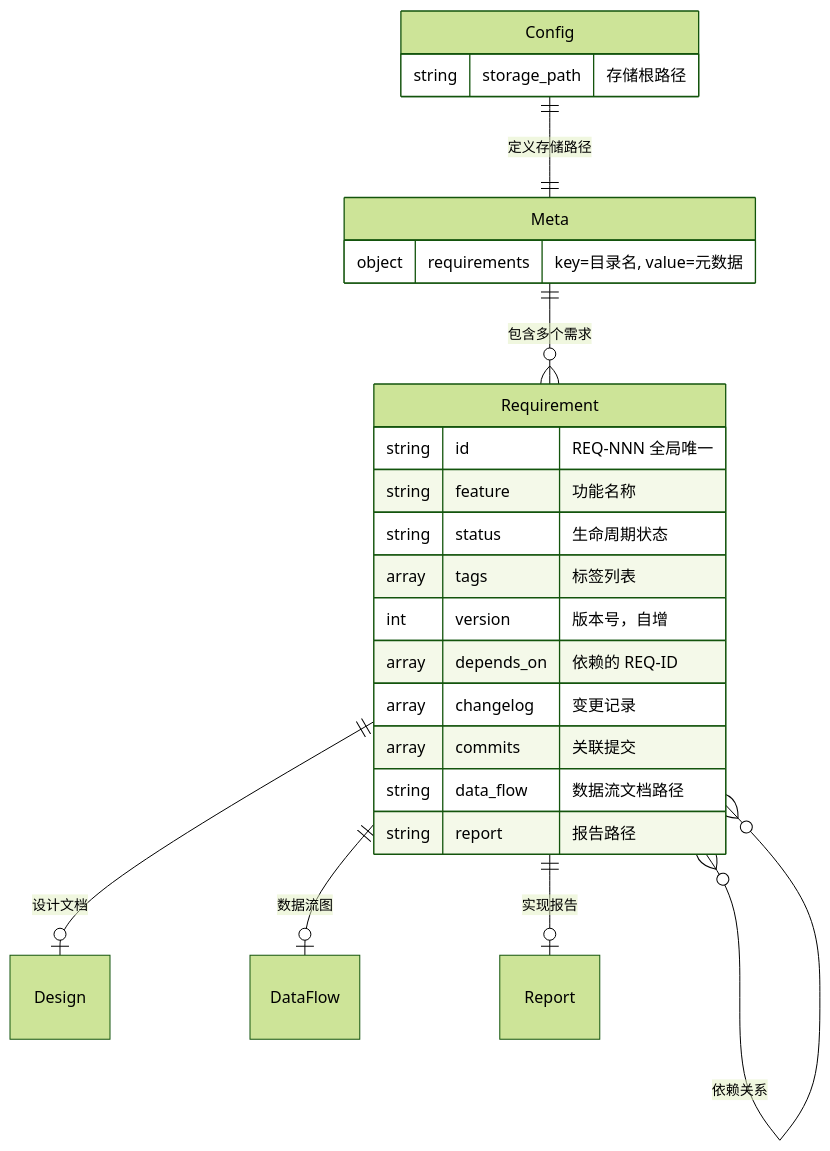
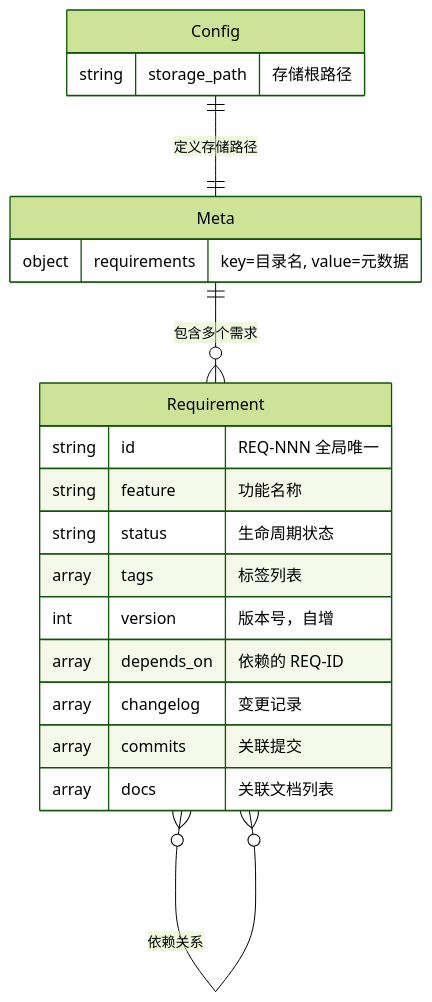
Before and after one commit to HACK-WU/skills: the second of 6 diagrams in docs/requirement-mgr-guide.md, drawn with Mermaid (forest theme). The commit also changed other lines of this file and 3 other files, not shown here.

````diff
--- a/docs/requirement-mgr-guide.md
+++ b/docs/requirement-mgr-guide.md
@@ -203,30 +203,26 @@
 ```mermaid
 erDiagram
     Config ||--|| Meta : "定义存储路径"
     Meta ||--o{ Requirement : "包含多个需求"
-    Requirement ||--o| Design : "设计文档"
-    Requirement ||--o| DataFlow : "数据流图"
-    Requirement ||--o| Report : "实现报告"
     Requirement }o--o{ Requirement : "依赖关系"
     
     Config {
         string storage_path "存储根路径"
     }
     
     Meta {
         object requirements "key=目录名, value=元数据"
     }
     
     Requirement {
         string id "REQ-NNN 全局唯一"
         string feature "功能名称"
         string status "生命周期状态"
         array tags "标签列表"
         int version "版本号，自增"
         array depends_on "依赖的 REQ-ID"
         array changelog "变更记录"
         array commits "关联提交"
-        string data_flow "数据流文档路径"
-        string report "报告路径"
+        array docs "关联文档列表"
     }
 ```
````
